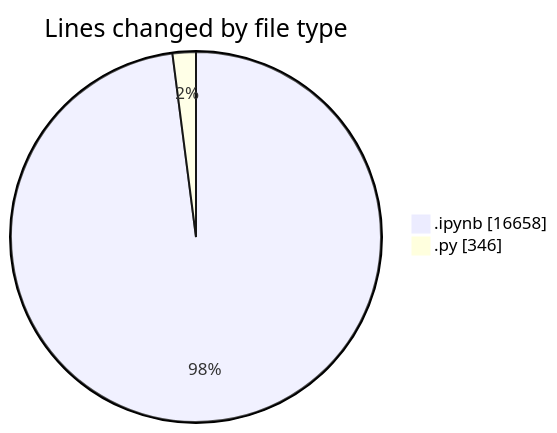
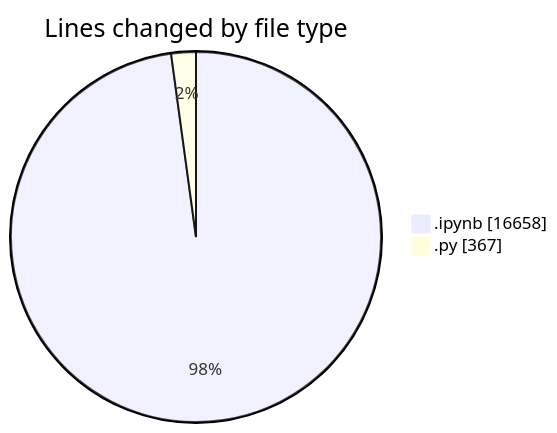
The first of 2 diagrams in 2025-03-20/myws__workspace_/README.md (MatusMokan/code-tracking), drawn with Mermaid before and after one commit. The commit also changed other lines of this file and 1 other file, not shown here.

````diff
--- a/2025-03-20/myws__workspace_/README.md
+++ b/2025-03-20/myws__workspace_/README.md
@@ -21,6 +21,6 @@
 ```mermaid
 pie showData
 title Lines changed by file type
 ".ipynb" : 16658
-".py" : 346
+".py" : 367
 ```
````
